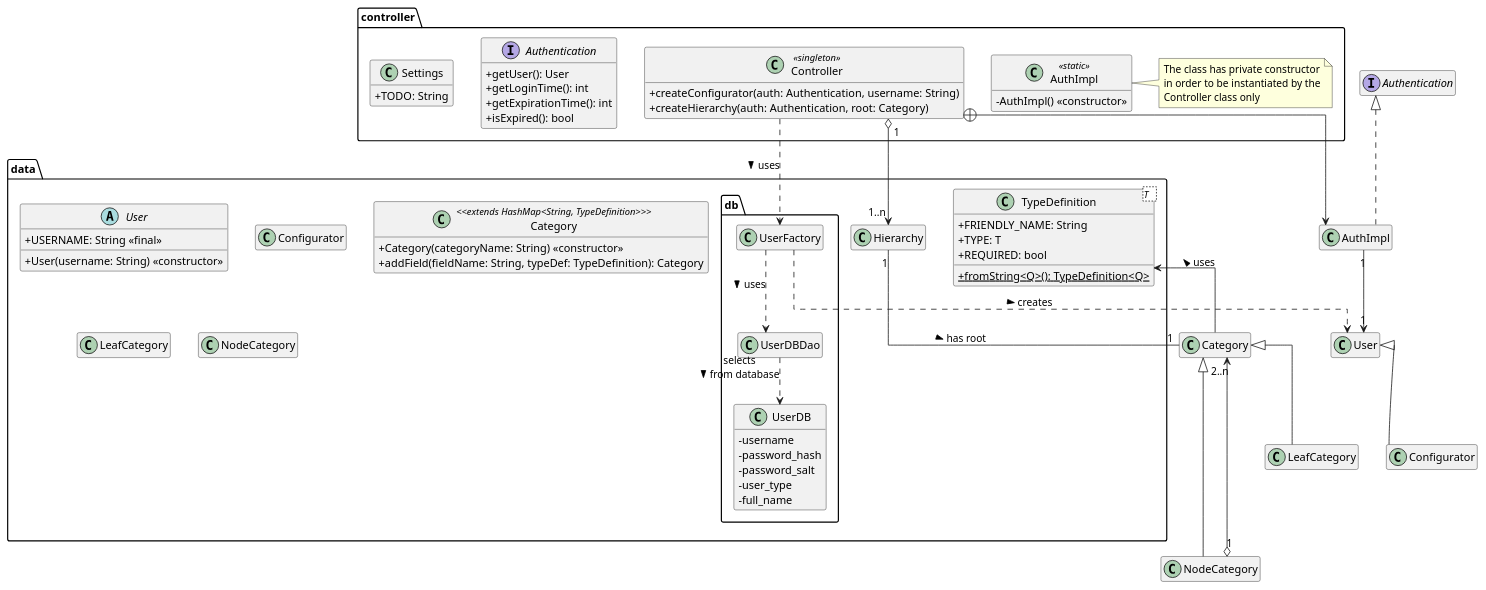
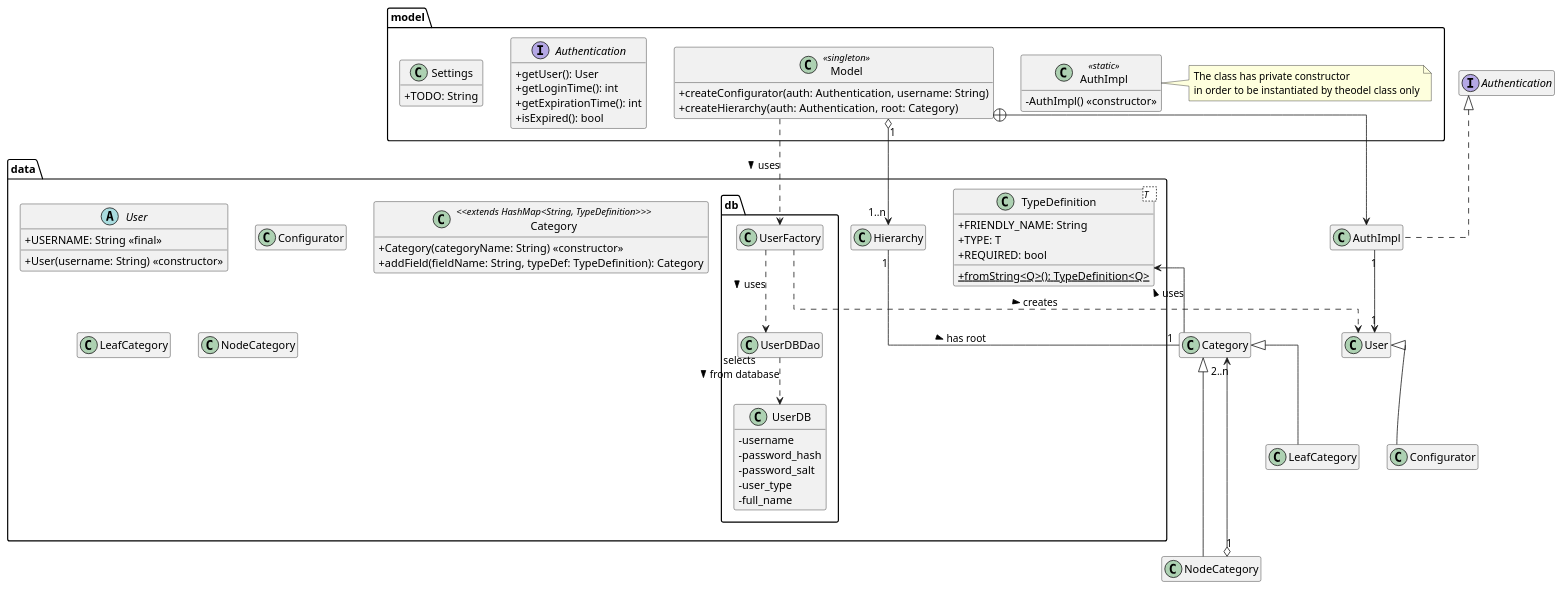
One commit to Matlice/ing_sw_2022 changed the diagram in DOC/VER1/diagrams/class/class_diagram.puml. Above: the diagram before and after it, drawn with PlantUML. The commit also changed 27 other files, not shown here.

Commit message:
cleanup, aggiunta specificazione v3, controller -> model :)

```diff
--- a/DOC/VER1/diagrams/class/class_diagram.puml
+++ b/DOC/VER1/diagrams/class/class_diagram.puml
@@ -1,102 +1,102 @@
 @startuml
 
 skinparam ClassAttributeIconSize 0
 'skinparam groupInheritance 2
 skinparam linetype ortho
 hide empty members
 
-package controller #FFFFFF {
-    class Controller <<singleton>> {
+package model #FFFFFF {
+    class Model <<singleton>> {
         + createConfigurator(auth: Authentication, username: String)
         + createHierarchy(auth: Authentication, root: Category)
     }
 
     interface Authentication {
         + getUser(): User
         + getLoginTime(): int
         + getExpirationTime(): int
         + isExpired(): bool
     }
 
     'add nota per classe innestata
     class AuthImpl <<static>> {
         - AuthImpl() <<constructor>>
     }
 
-    note right of AuthImpl : The class has private constructor\nin order to be instantiated by the\nController class only
+    note right of AuthImpl : The class has private constructor\nin order to be instantiated by the\Model class only
 
 
     class Settings {
         + TODO: String
     }
 }
 
 
 package data #FFFFFF {
     abstract class User {
         + USERNAME: String <<final>>
         + User(username: String) <<constructor>>
     }
 
     class Configurator {
     
     }
 
     class Hierarchy{
 
     }
 
     class Category <<extends HashMap<String, TypeDefinition>>> {
         + Category(categoryName: String) <<constructor>>
         + addField(fieldName: String, typeDef: TypeDefinition): Category
     }
 
     class TypeDefinition<T   > {
         + FRIENDLY_NAME: String
         + TYPE: T
         + REQUIRED: bool
         + {static} fromString<Q>(): TypeDefinition<Q>
     }
 
     class LeafCategory{
     }
 
     class NodeCategory{
     }
 
     package db #FFFFFF {
         class UserDB {
             - username
             - password_hash
             - password_salt
             - user_type
             - full_name
         }
 
         class UserDBDao
 
         class UserFactory
     }
 
 }
 
 
 class Configurator extends User
 class LeafCategory extends Category
 class NodeCategory extends Category
 class AuthImpl implements Authentication
 
 LeafCategory -[hidden]-> NodeCategory
-Controller "1" o--> "1..n" Hierarchy
+Model "1" o--> "1..n" Hierarchy
 Hierarchy "1" -- "1" Category: has root >
 NodeCategory "1" o-right-> "2..n" Category
-Controller +--> AuthImpl
+Model +--> AuthImpl
 AuthImpl "1" --> "1" User
 Category -up-> TypeDefinition: uses >
 
-Controller ..> UserFactory: uses >
+Model ..> UserFactory: uses >
 UserFactory ..> User: creates >
 UserFactory ..> UserDBDao: uses >
 UserDBDao ..> UserDB: selects\nfrom database >
 
 @enduml
```
